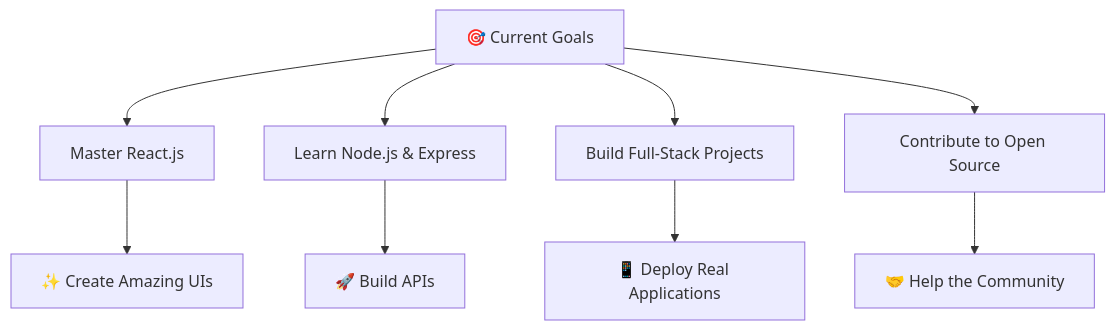
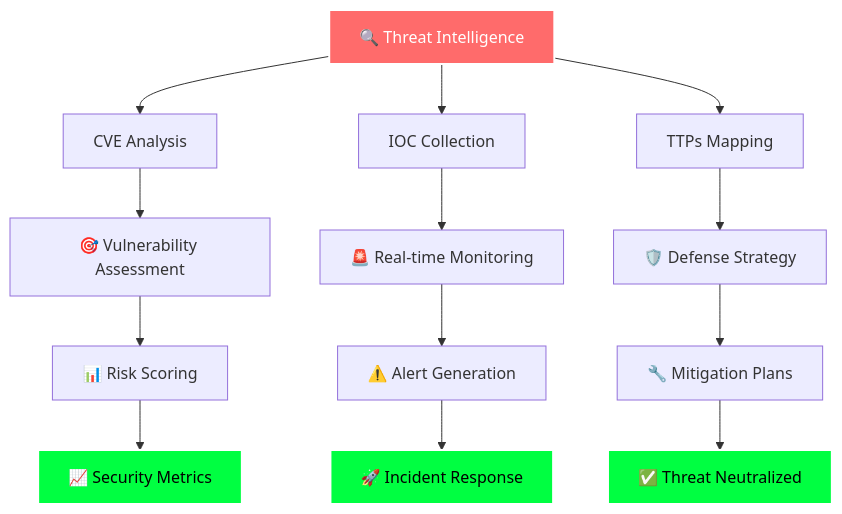
The first of 2 diagrams in README.md (SobiyaMariyam/SobiyaMariyam), drawn with Mermaid before and after one commit. The commit also changed other lines of this file, not shown here.

````diff
--- a/README.md
+++ b/README.md
@@ -128,12 +167,23 @@
 ```mermaid
-graph TD
-    A[🎯 Current Goals] --> B[Master React.js]
-    A --> C[Learn Node.js & Express]
-    A --> D[Build Full-Stack Projects]
-    A --> E[Contribute to Open Source]
+graph TB
+    A[🔍 Threat Intelligence] --> B[CVE Analysis]
+    A --> C[IOC Collection]
+    A --> D[TTPs Mapping]
     
-    B --> F[✨ Create Amazing UIs]
-    C --> G[🚀 Build APIs]
-    D --> H[📱 Deploy Real Applications]
-    E --> I[🤝 Help the Community]
+    B --> E[🎯 Vulnerability Assessment]
+    C --> F[🚨 Real-time Monitoring]
+    D --> G[🛡️ Defense Strategy]
+    
+    E --> H[📊 Risk Scoring]
+    F --> I[⚠️ Alert Generation] 
+    G --> J[🔧 Mitigation Plans]
+    
+    H --> K[📈 Security Metrics]
+    I --> L[🚀 Incident Response]
+    J --> M[✅ Threat Neutralized]
+    
+    style A fill:#ff6b6b,stroke:#fff,stroke-width:2px,color:#fff
+    style K fill:#00ff41,stroke:#fff,stroke-width:2px,color:#000
+    style L fill:#00ff41,stroke:#fff,stroke-width:2px,color:#000
+    style M fill:#00ff41,stroke:#fff,stroke-width:2px,color:#000
 ```
````
